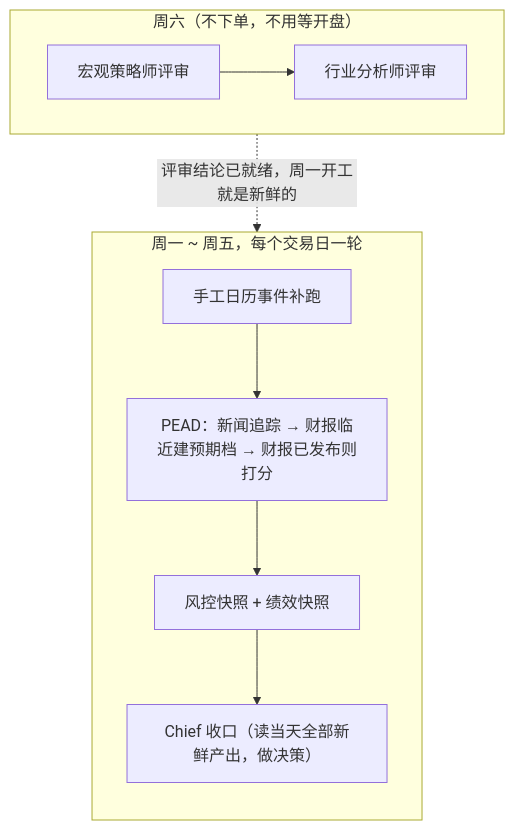
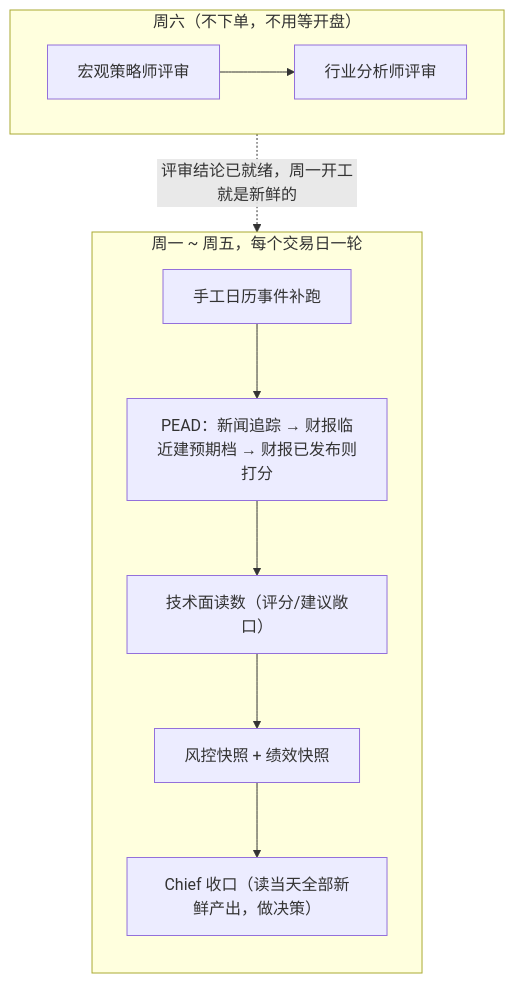
Before and after one commit to BradLeon/auto_stock_trading_agents: the second of 3 diagrams in README.md, drawn with Mermaid. The commit also changed other lines of this file and 5 other files, not shown here.

````diff
--- a/README.md
+++ b/README.md
@@ -101,13 +103,14 @@
 ```mermaid
 flowchart TD
     subgraph SAT["周六（不下单，不用等开盘）"]
         MA[宏观策略师评审] --> SE[行业分析师评审]
     end
     subgraph WD["周一 ~ 周五，每个交易日一轮"]
         direction TB
         EV[手工日历事件补跑] --> PD["PEAD：新闻追踪 → 财报临近建预期档 → 财报已发布则打分"]
-        PD --> RP[风控快照 + 绩效快照]
+        PD --> TE["技术面读数（评分/建议敞口）"]
+        TE --> RP[风控快照 + 绩效快照]
         RP --> CH["Chief 收口（读当天全部新鲜产出，做决策）"]
     end
     SAT -.评审结论已就绪，周一开工就是新鲜的.-> WD
 ```
````
